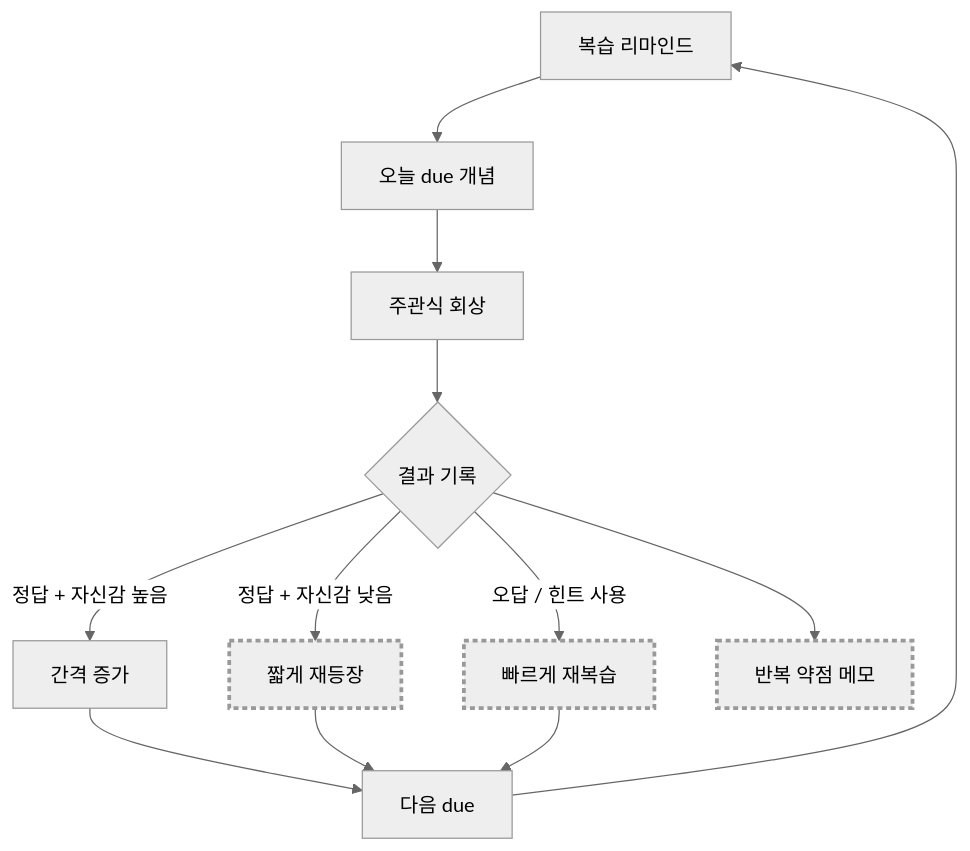
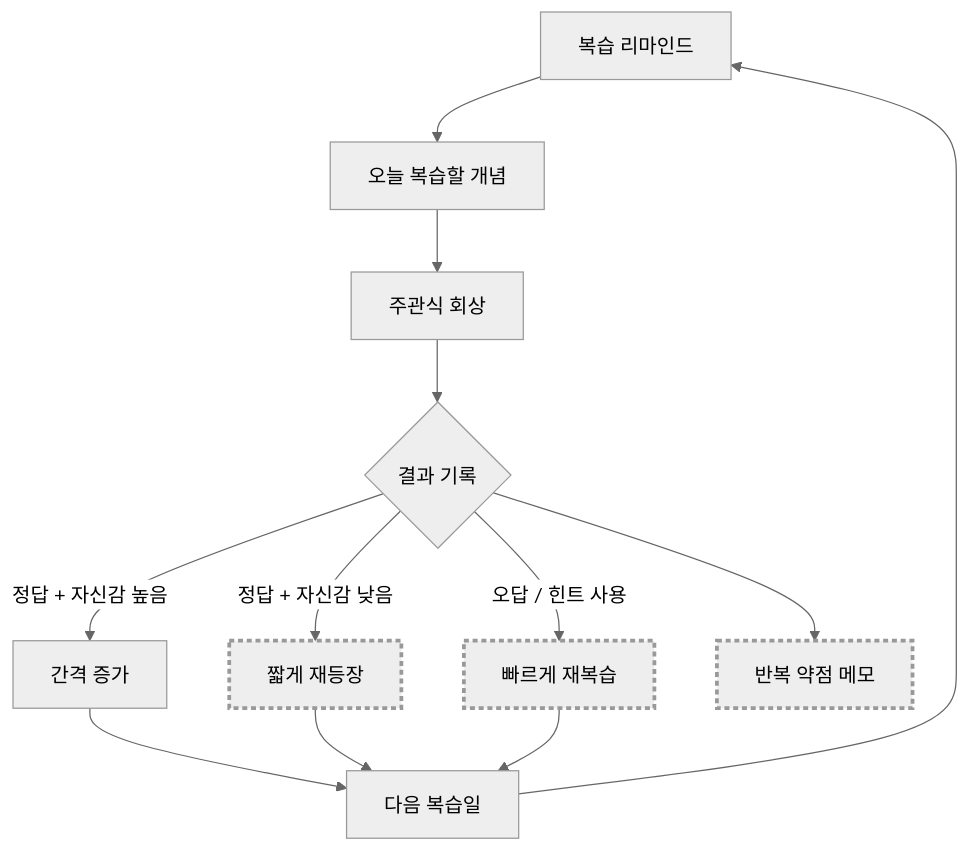
One commit to JeonJe/JeonJe.github.io changed the third of 3 diagrams in _posts/essay/2026-06-28-how-i-use-ai.md. Above: the diagram before and after it, drawn with Mermaid (neutral theme). The commit also changed other lines of this file, not shown here.

````diff
--- a/_posts/essay/2026-06-28-how-i-use-ai.md
+++ b/_posts/essay/2026-06-28-how-i-use-ai.md
@@ -151,20 +147,20 @@
 ```mermaid
 flowchart TB
-    A["복습 리마인드"] --> B["오늘 due 개념"]
+    A["복습 리마인드"] --> B["오늘 복습할 개념"]
     B --> C["주관식 회상"]
     C --> D{"결과 기록"}
 
     D -->|정답 + 자신감 높음| E["간격 증가"]
     D -->|정답 + 자신감 낮음| F["짧게 재등장"]
     D -->|오답 / 힌트 사용| G["빠르게 재복습"]
 
-    E --> H["다음 due"]
+    E --> H["다음 복습일"]
     F --> H
     G --> H
     H --> A
 
     D --> I["반복 약점 메모"]
 
     classDef weak stroke-width:3px,stroke-dasharray:4 3;
     class F,G,I weak;
 ```
````
